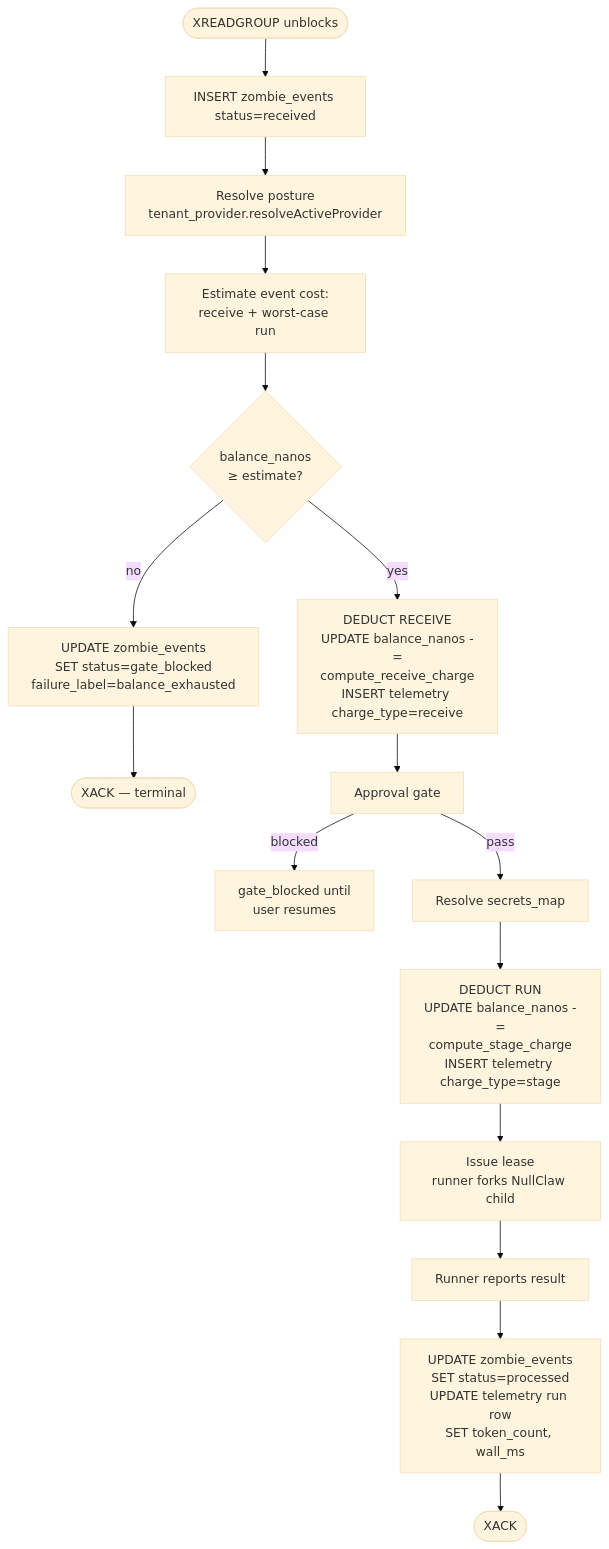
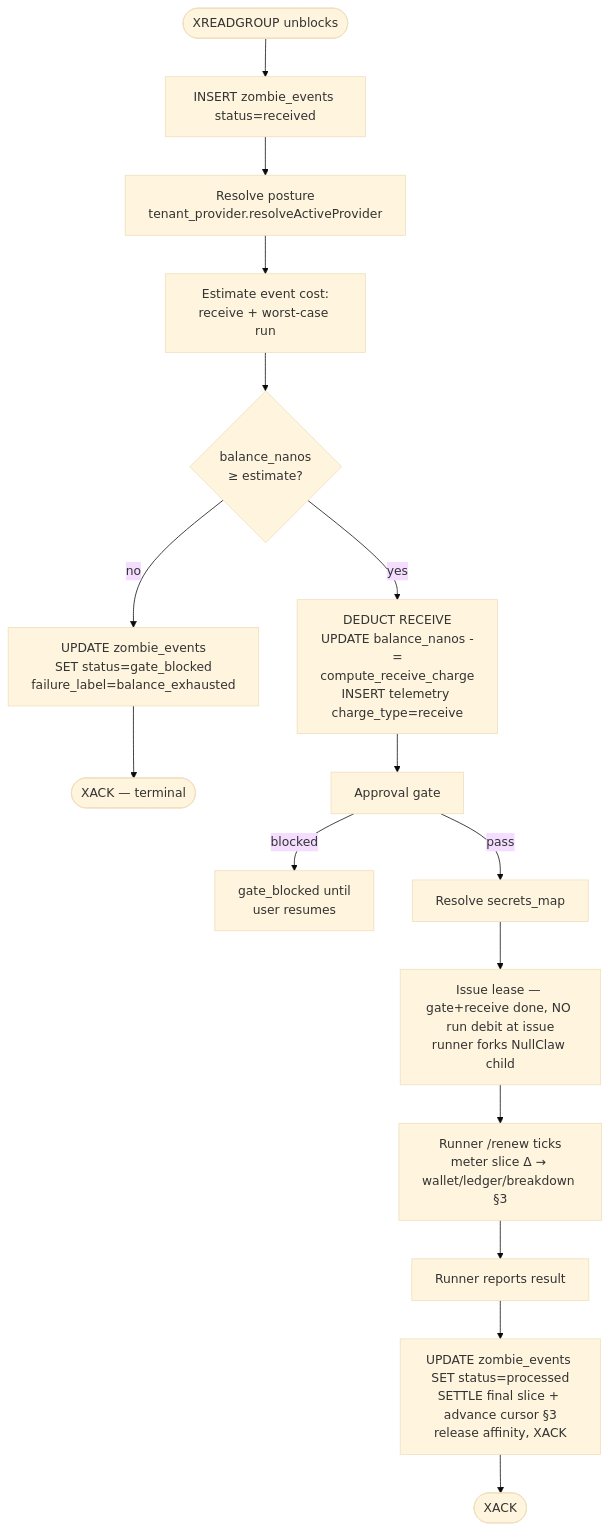
The diagram in docs/architecture/billing_and_provider_keys.md (usezombie/usezombie), drawn with Mermaid (base theme) before and after one commit. The commit also changed other lines of this file and 34 other files, not shown here.

````diff
--- a/docs/architecture/billing_and_provider_keys.md
+++ b/docs/architecture/billing_and_provider_keys.md
@@ -194,18 +199,18 @@
 ```mermaid
 flowchart TD
     A([XREADGROUP unblocks]) --> B[INSERT zombie_events status=received]
     B --> C[Resolve posture<br/>tenant_provider.resolveActiveProvider]
     C --> D[Estimate event cost:<br/>receive + worst-case run]
     D --> E{balance_nanos<br/>≥ estimate?}
     E -->|no| Block[UPDATE zombie_events<br/>SET status=gate_blocked<br/>failure_label=balance_exhausted]
     Block --> X1([XACK — terminal])
     E -->|yes| F[DEDUCT RECEIVE<br/>UPDATE balance_nanos -=<br/>compute_receive_charge<br/>INSERT telemetry charge_type=receive]
     F --> G[Approval gate]
     G -->|blocked| Wait[gate_blocked until<br/>user resumes]
     G -->|pass| H[Resolve secrets_map]
-    H --> I[DEDUCT RUN<br/>UPDATE balance_nanos -=<br/>compute_stage_charge<br/>INSERT telemetry charge_type=stage]
-    I --> J[Issue lease<br/>runner forks NullClaw child]
-    J --> K[Runner reports result]
-    K --> L[UPDATE zombie_events<br/>SET status=processed<br/>UPDATE telemetry run row<br/>SET token_count, wall_ms]
+    H --> J[Issue lease — gate+receive done, NO run debit at issue<br/>runner forks NullClaw child]
+    J --> Renew[Runner /renew ticks<br/>meter slice Δ → wallet/ledger/breakdown §3]
+    Renew --> K[Runner reports result]
+    K --> L[UPDATE zombie_events SET status=processed<br/>SETTLE final slice + advance cursor §3<br/>release affinity, XACK]
     L --> X2([XACK])
 ```
````
